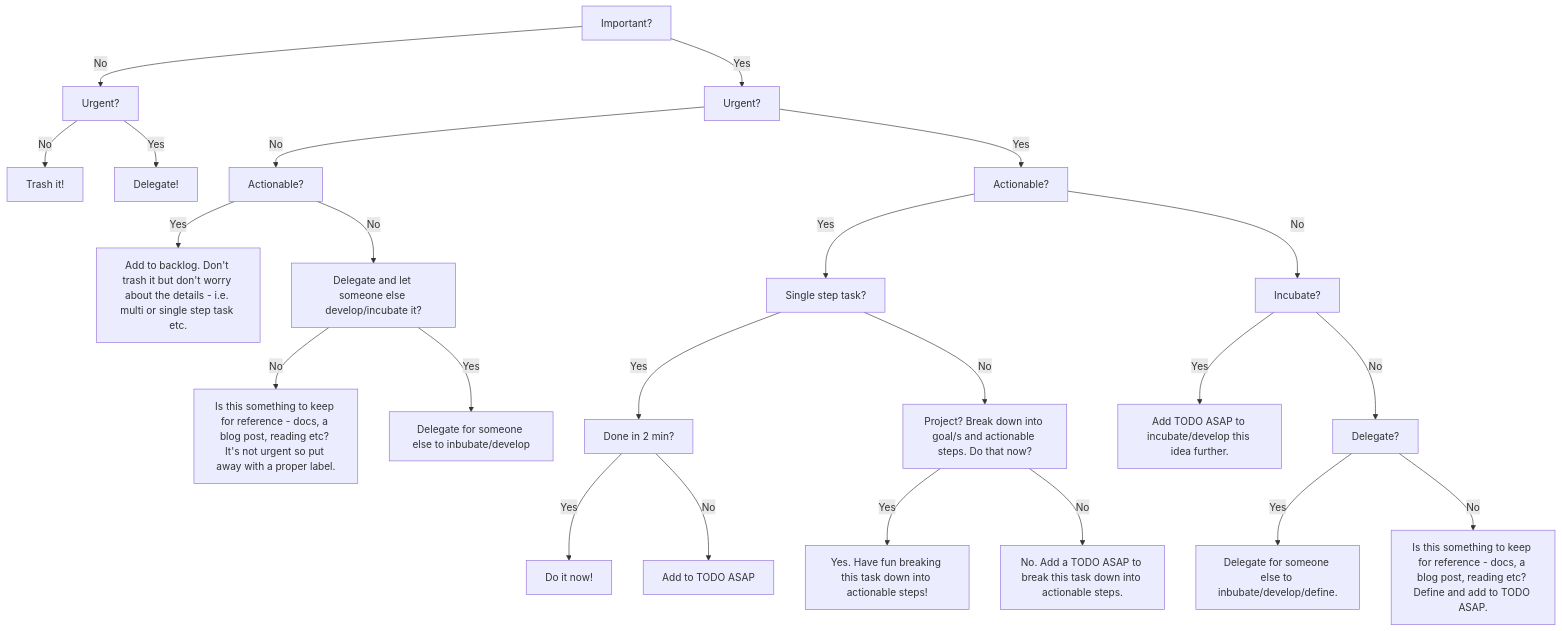
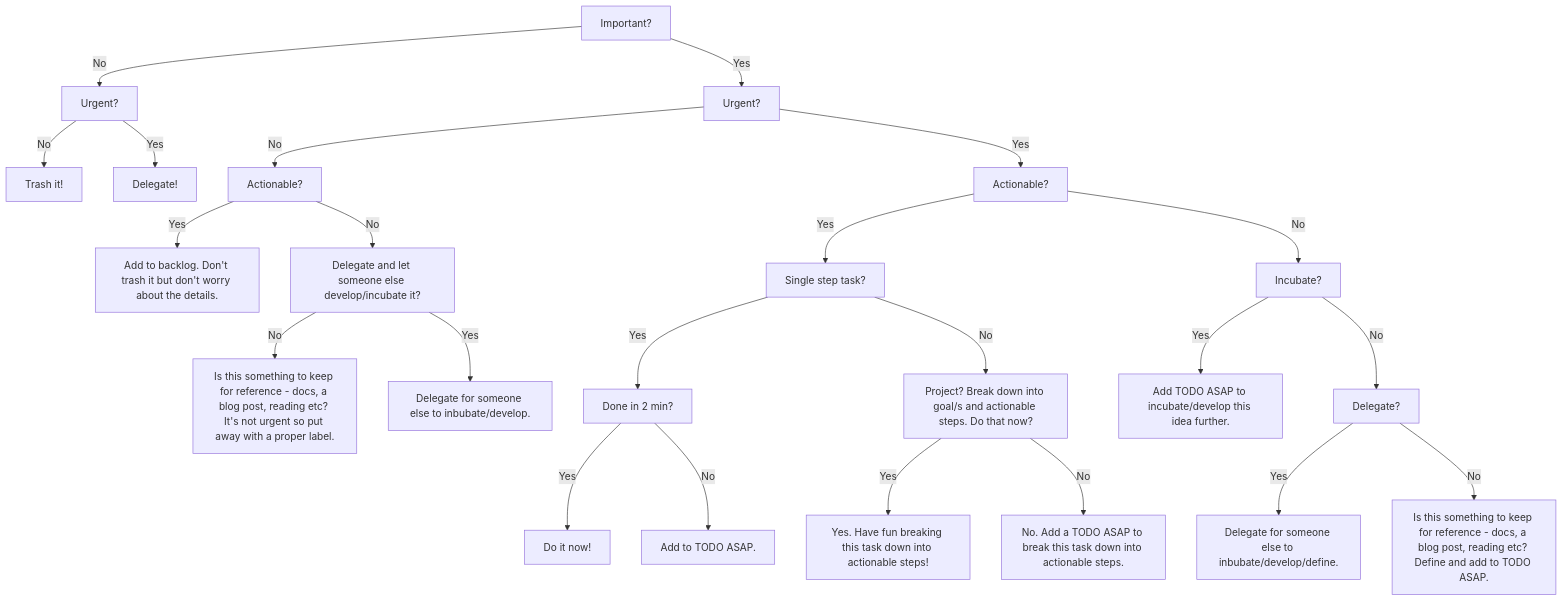
One commit to davidberglund/getting_things_done changed the diagram in gtd.mmd. Above: the diagram before and after it, drawn with Mermaid. The commit also changed 1 other file, not shown here.

Commit message:
gtd mermaid

```diff
--- a/gtd.mmd
+++ b/gtd.mmd
@@ -1,33 +1,33 @@
 graph TD
     Important[Important?]
 
     Important -->|No| ImportantNoUrgent[Urgent?]
     Important -->|Yes| ImportantYesUrgent[Urgent?]
 
     ImportantNoUrgent -->|No| ImportantNoUrgentNo[Trash it!]
     ImportantNoUrgent -->|Yes| ImportantNoUrgentYesActionable[Delegate!]
 
     ImportantYesUrgent -->|No| ImportantYesUrgentNoActionable[Actionable?]
     ImportantYesUrgent -->|Yes| ImportantYesUrgentYesActionable[Actionable?]
 
-    ImportantYesUrgentNoActionable -->|Yes| ImportantYesUrgentNoActionableYes[Add to backlog. Don't trash it but don't worry about the details - i.e. multi or single step task etc.]
+    ImportantYesUrgentNoActionable -->|Yes| ImportantYesUrgentNoActionableYes[Add to backlog. Don't trash it but don't worry about the details.]
     ImportantYesUrgentNoActionable -->|No| ImportantYesUrgentNoActionableNoDelegate[Delegate and let someone else develop/incubate it?]
     ImportantYesUrgentNoActionableNoDelegate -->|No| ImportantYesUrgentNoActionableNoDelegateNo[Is this something to keep for reference - docs, a blog post, reading etc? It's not urgent so put away with a proper label.]
-    ImportantYesUrgentNoActionableNoDelegate -->|Yes| ImportantYesUrgentNoActionableNoDelegateYes[Delegate for someone else to inbubate/develop]
+    ImportantYesUrgentNoActionableNoDelegate -->|Yes| ImportantYesUrgentNoActionableNoDelegateYes[Delegate for someone else to inbubate/develop.]
 
     ImportantYesUrgentYesActionable -->|Yes| ImportantYesUrgentYesActionableYesSingleStepTask[Single step task?]
     ImportantYesUrgentYesActionable -->|No| ImportantYesUrgentYesActionableNoIncubate[Incubate?]
     
     ImportantYesUrgentYesActionableYesSingleStepTask -->|Yes| ImportantYesUrgentYesActionableYesSingleStepTaskYesDoneIn2Mins[Done in 2 min?]
     ImportantYesUrgentYesActionableYesSingleStepTask -->|No| ImportantYesUrgentYesActionableYesSingleStepTaskNoIncubateNow[Project? Break down into goal/s and actionable steps. Do that now?]
     ImportantYesUrgentYesActionableYesSingleStepTaskNoIncubateNow -->|Yes| ImportantYesUrgentYesActionableYesSingleStepTaskNoIncubateNowYes[Yes. Have fun breaking this task down into actionable steps!]
     ImportantYesUrgentYesActionableYesSingleStepTaskNoIncubateNow -->|No| ImportantYesUrgentYesActionableYesSingleStepTaskNoIncubateNowNo[No. Add a TODO ASAP to break this task down into actionable steps.]
 
     ImportantYesUrgentYesActionableYesSingleStepTaskYesDoneIn2Mins -->|Yes| ImportantYesUrgentYesActionableYesSingleStepTaskYesDoneIn2MinsYes[Do it now!]
-    ImportantYesUrgentYesActionableYesSingleStepTaskYesDoneIn2Mins -->|No| ImportantYesUrgentYesActionableYesSingleStepTaskYesDoneIn2MinsNo[Add to TODO ASAP]
+    ImportantYesUrgentYesActionableYesSingleStepTaskYesDoneIn2Mins -->|No| ImportantYesUrgentYesActionableYesSingleStepTaskYesDoneIn2MinsNo[Add to TODO ASAP.]
 
     ImportantYesUrgentYesActionableNoIncubate -->|Yes| ImportantYesUrgentYesActionableNoIncubateYes[Add TODO ASAP to incubate/develop this idea further.]
     ImportantYesUrgentYesActionableNoIncubate -->|No| ImportantYesUrgentYesActionableNoIncubateNoDelegate[Delegate?]
 
     ImportantYesUrgentYesActionableNoIncubateNoDelegate -->|Yes| ImportantYesUrgentYesActionableNoIncubateNoDelegateYes[Delegate for someone else to inbubate/develop/define.] 
     ImportantYesUrgentYesActionableNoIncubateNoDelegate -->|No| ImportantYesUrgentYesActionableNoIncubateNoDelegateNo[Is this something to keep for reference - docs, a blog post, reading etc? Define and add to TODO ASAP.]
```
